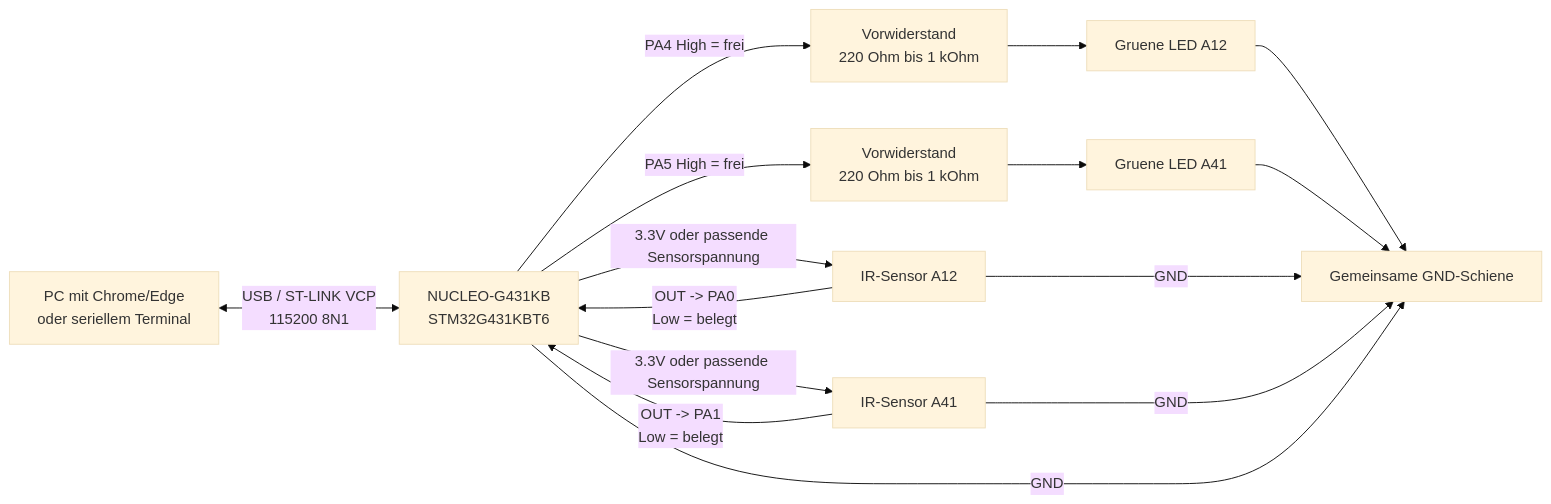
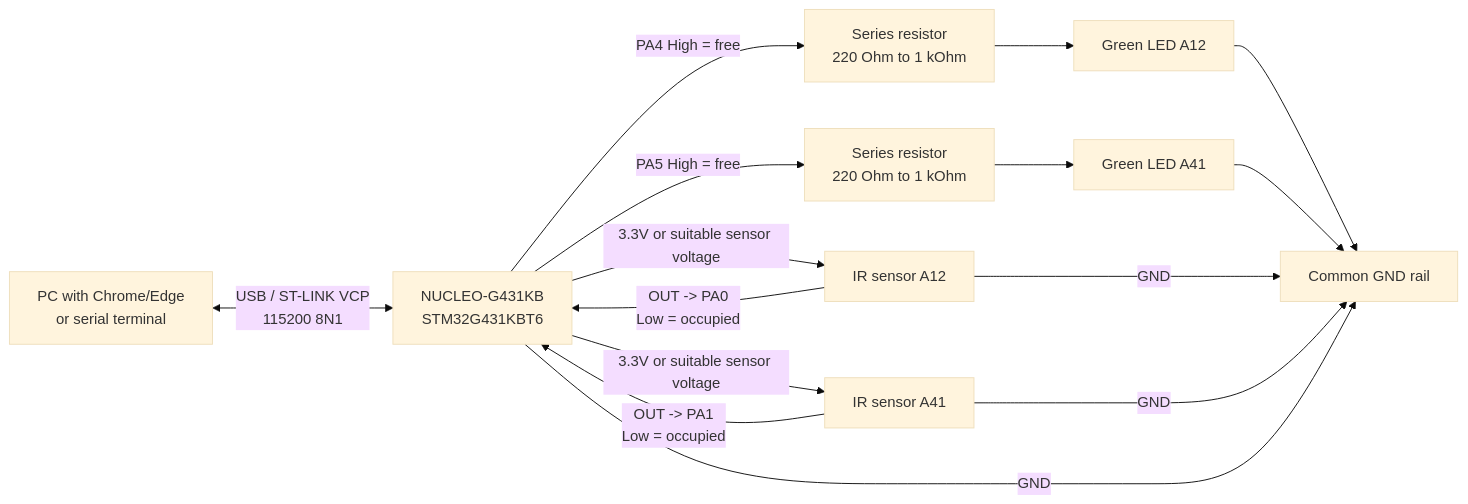
Before and after one commit to deyaxshami/ParkingStation: the second of 2 diagrams in README.md, drawn with Mermaid (base theme). The commit also changed other lines of this file and 5 other files, not shown here.

````diff
--- a/README.md
+++ b/README.md
@@ -120,27 +122,27 @@
 ```mermaid
 flowchart LR
-    PC["PC mit Chrome/Edge<br>oder seriellem Terminal"]
+    PC["PC with Chrome/Edge<br>or serial terminal"]
     NUCLEO["NUCLEO-G431KB<br>STM32G431KBT6"]
-    A12["IR-Sensor A12"]
-    A41["IR-Sensor A41"]
-    R12["Vorwiderstand<br>220 Ohm bis 1 kOhm"]
-    R41["Vorwiderstand<br>220 Ohm bis 1 kOhm"]
-    LED12["Gruene LED A12"]
-    LED41["Gruene LED A41"]
-    GND["Gemeinsame GND-Schiene"]
+    A12["IR sensor A12"]
+    A41["IR sensor A41"]
+    R12["Series resistor<br>220 Ohm to 1 kOhm"]
+    R41["Series resistor<br>220 Ohm to 1 kOhm"]
+    LED12["Green LED A12"]
+    LED41["Green LED A41"]
+    GND["Common GND rail"]
 
     PC <-->|"USB / ST-LINK VCP<br>115200 8N1"| NUCLEO
-    NUCLEO -->|"3.3V oder passende Sensorspannung"| A12
-    NUCLEO -->|"3.3V oder passende Sensorspannung"| A41
-    A12 -->|"OUT -> PA0<br>Low = belegt"| NUCLEO
-    A41 -->|"OUT -> PA1<br>Low = belegt"| NUCLEO
-    NUCLEO -->|"PA4 High = frei"| R12
+    NUCLEO -->|"3.3V or suitable sensor voltage"| A12
+    NUCLEO -->|"3.3V or suitable sensor voltage"| A41
+    A12 -->|"OUT -> PA0<br>Low = occupied"| NUCLEO
+    A41 -->|"OUT -> PA1<br>Low = occupied"| NUCLEO
+    NUCLEO -->|"PA4 High = free"| R12
     R12 --> LED12
     LED12 --> GND
-    NUCLEO -->|"PA5 High = frei"| R41
+    NUCLEO -->|"PA5 High = free"| R41
     R41 --> LED41
     LED41 --> GND
     A12 -->|"GND"| GND
     A41 -->|"GND"| GND
     NUCLEO -->|"GND"| GND
 ```
````
